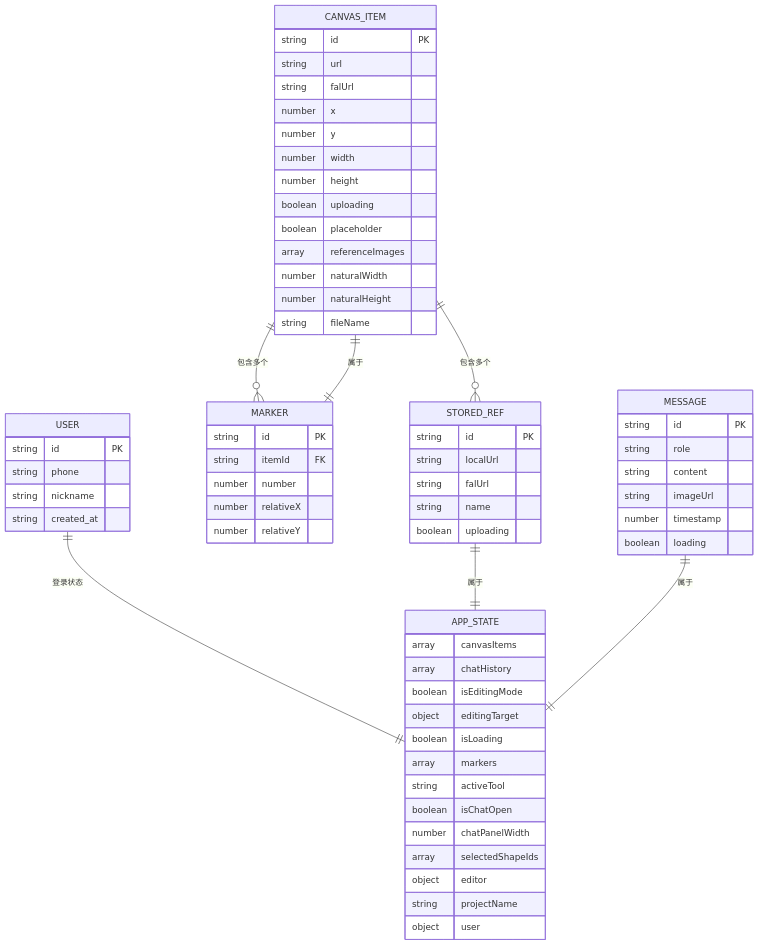
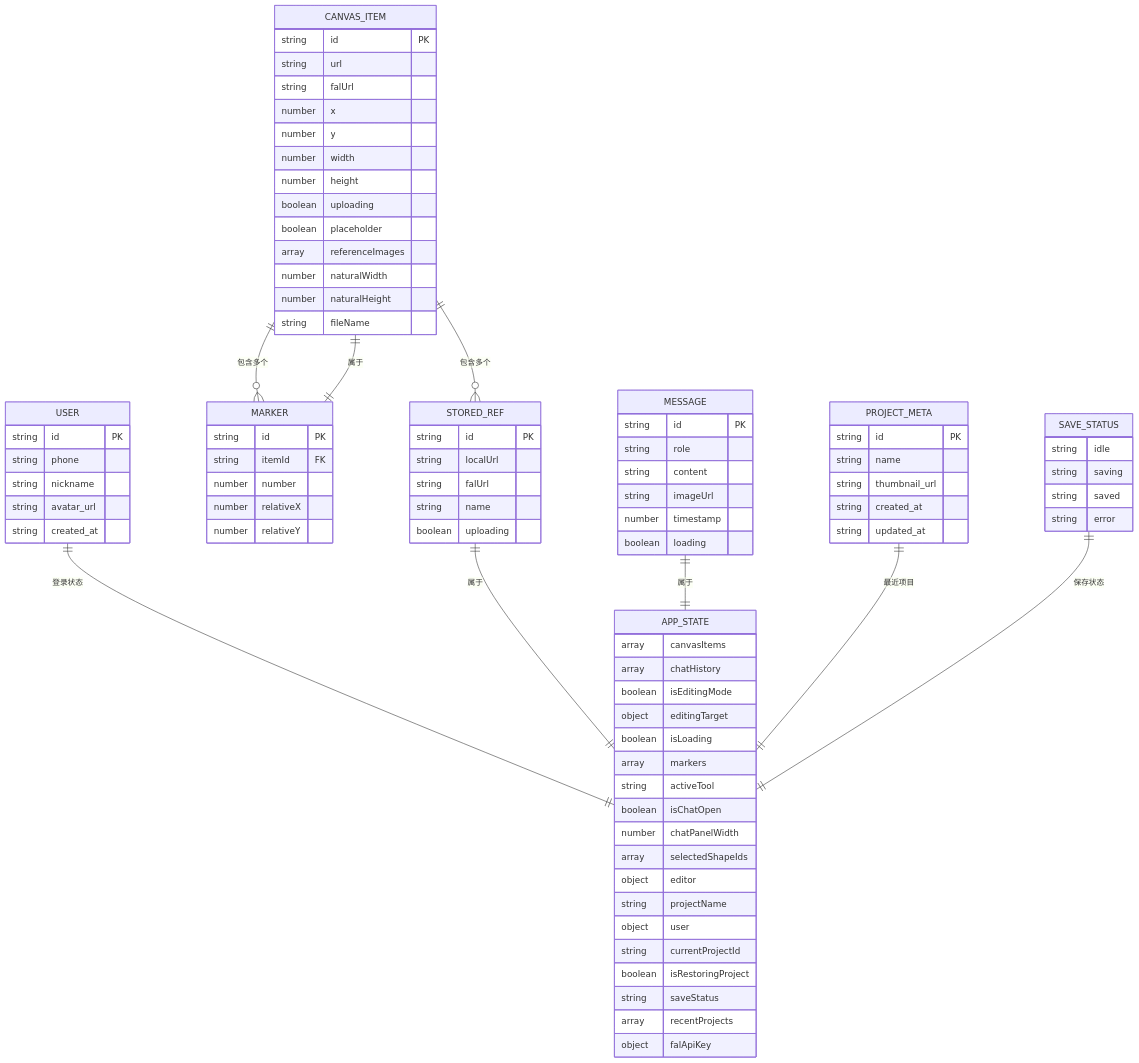
One commit to billye220670/BananaFlow2 changed the third of 29 diagrams in .qoder/repowiki/zh/content/状态管理系统.md. Above: the diagram before and after it, drawn with Mermaid. The commit also changed other lines of this file and 12 other files, not shown here.

First line of the commit message:
fix: shimmer占位图全程覆盖 + 拖入无限循环修复

````diff
--- a/.qoder/repowiki/zh/content/状态管理系统.md
+++ b/.qoder/repowiki/zh/content/状态管理系统.md
@@ -208,6 +232,7 @@
 string id PK
 string phone
 string nickname
+string avatar_url
 string created_at
 }
 CANVAS_ITEM {
@@ -232,6 +257,13 @@
 number relativeX
 number relativeY
 }
+PROJECT_META {
+string id PK
+string name
+string thumbnail_url
+string created_at
+string updated_at
+}
 STORED_REF {
 string id PK
 string localUrl
@@ -247,6 +279,12 @@
 number timestamp
 boolean loading
 }
+SAVE_STATUS {
+string idle
+string saving
+string saved
+string error
+}
 APP_STATE {
 array canvasItems
 array chatHistory
@@ -261,6 +299,11 @@
 object editor
 string projectName
 object user
+string currentProjectId
+boolean isRestoringProject
+string saveStatus
+array recentProjects
+object falApiKey
 }
 USER ||--|| APP_STATE : "登录状态"
 CANVAS_ITEM ||--o{ STORED_REF : "包含多个"
@@ -268,4 +311,6 @@
 MARKER ||--|| CANVAS_ITEM : "属于"
 STORED_REF ||--|| APP_STATE : "属于"
 MESSAGE ||--|| APP_STATE : "属于"
+PROJECT_META ||--|| APP_STATE : "最近项目"
+SAVE_STATUS ||--|| APP_STATE : "保存状态"
 ```
````
